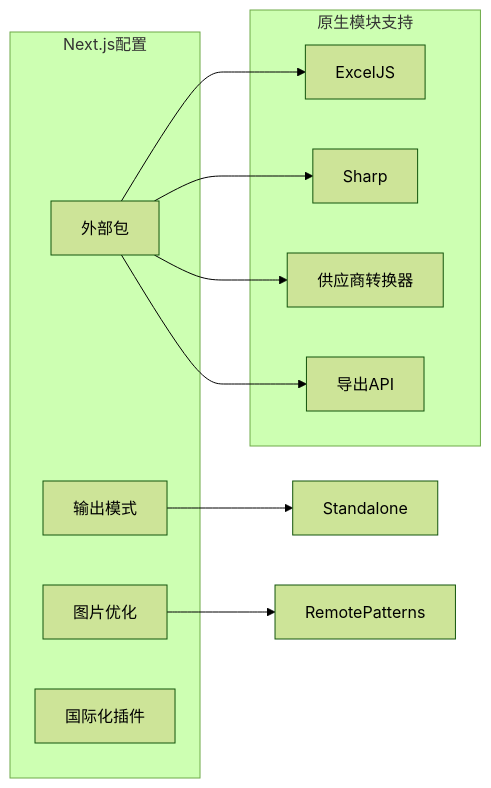
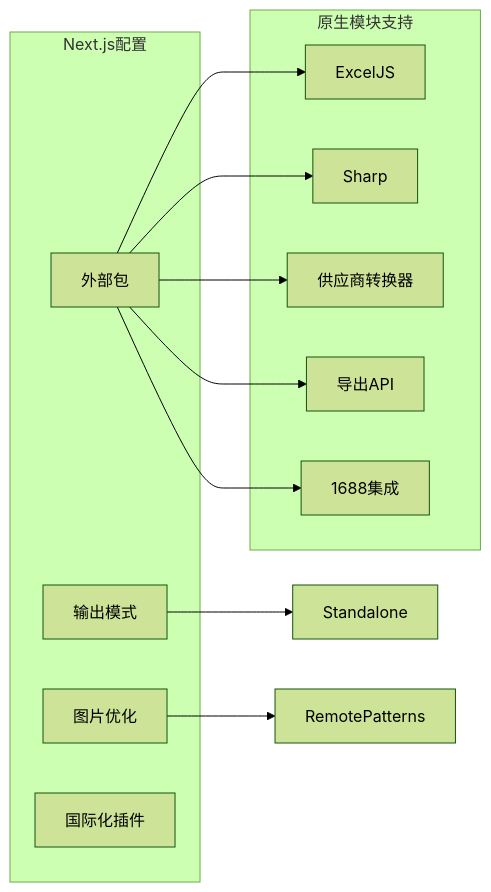
One commit to three3638-arch/celestia_2b changed diagram 16 of 17 in .qoder/repowiki/zh/content/Excel Import System.md. Above: the diagram before and after it, drawn with Mermaid (forest theme). The commit also changed other lines of this file and 8 other files, not shown here.

````diff
--- a/.qoder/repowiki/zh/content/Excel Import System.md
+++ b/.qoder/repowiki/zh/content/Excel Import System.md
@@ -680,21 +943,23 @@
 ```mermaid
 graph LR
 subgraph "Next.js配置"
 Output[输出模式]
 External[外部包]
 Images[图片优化]
 Intl[国际化插件]
 end
 subgraph "原生模块支持"
 ExcelJS[ExcelJS]
 Sharp[Sharp]
 SupplierConverter[供应商转换器]
 ExportAPI[导出API]
+Ali1688API[1688集成]
 end
 External --> ExcelJS
 External --> Sharp
 External --> SupplierConverter
 External --> ExportAPI
+External --> Ali1688API
 Output --> Standalone
 Images --> RemotePatterns
 ```
````
